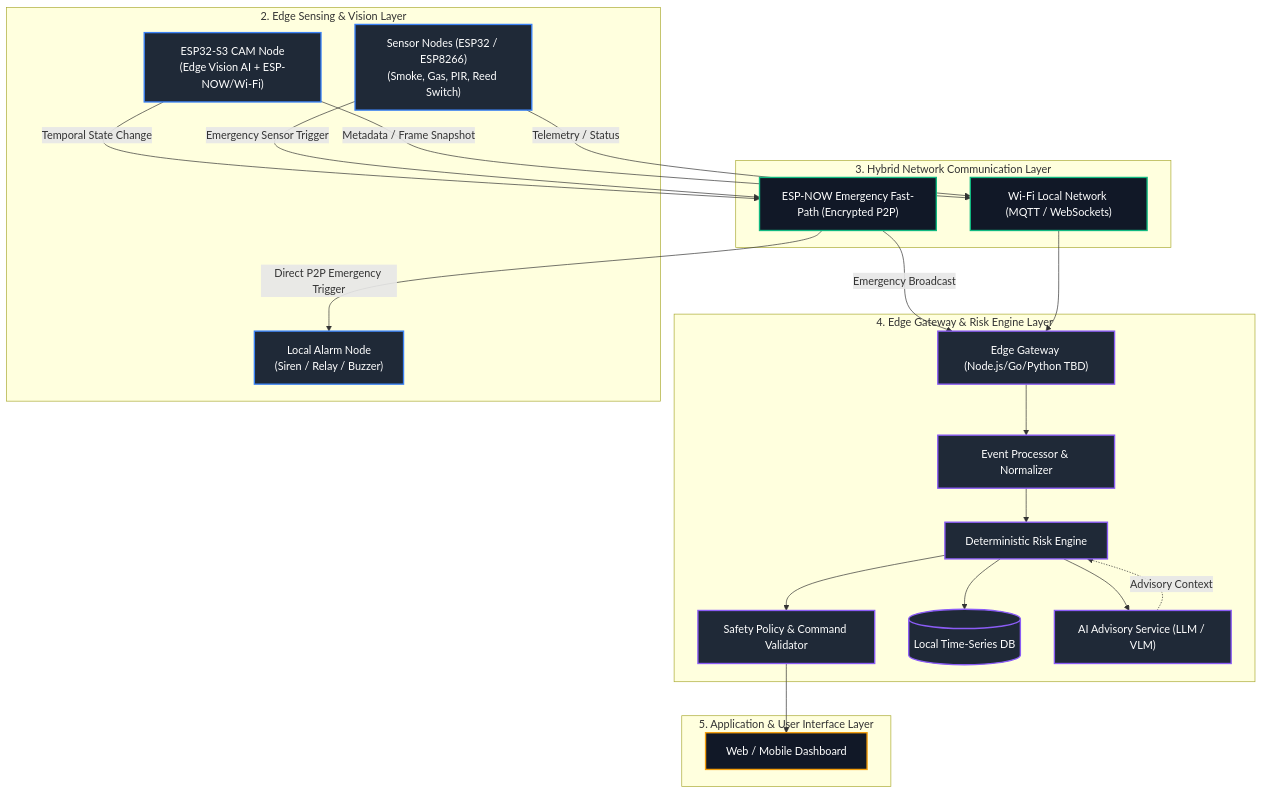
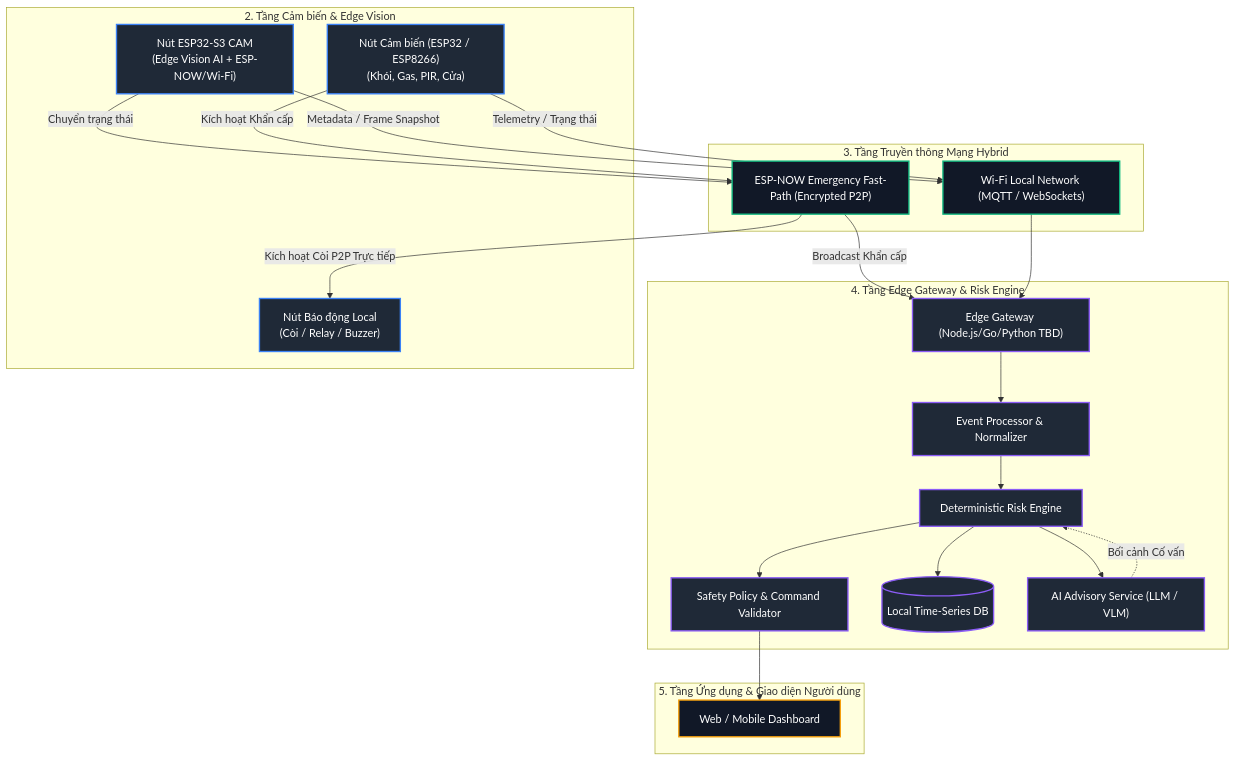
One commit to Eddy-hoang/SAM changed the diagram in README.md. Above: the diagram before and after it, drawn with Mermaid. The commit also changed other lines of this file and 34 other files, not shown here.

````diff
--- a/README.md
+++ b/README.md
@@ -36,54 +36,54 @@
 ```mermaid
 graph TD
-    subgraph Layer5_User ["5. Application & User Interface Layer"]
+    subgraph Layer5_User ["5. Tầng Ứng dụng & Giao diện Người dùng"]
         UI["Web / Mobile Dashboard"]
     end
 
-    subgraph Layer4_Gateway ["4. Edge Gateway & Risk Engine Layer"]
+    subgraph Layer4_Gateway ["4. Tầng Edge Gateway & Risk Engine"]
         GW["Edge Gateway (Node.js/Go/Python TBD)"]
         DP["Event Processor & Normalizer"]
         RE["Deterministic Risk Engine"]
         SP["Safety Policy & Command Validator"]
         DB[(Local Time-Series DB)]
         AIS["AI Advisory Service (LLM / VLM)"]
     end
 
-    subgraph Layer3_Comm ["3. Hybrid Network Communication Layer"]
+    subgraph Layer3_Comm ["3. Tầng Truyền thông Mạng Hybrid"]
         NOW["ESP-NOW Emergency Fast-Path (Encrypted P2P)"]
         WIFI["Wi-Fi Local Network (MQTT / WebSockets)"]
     end
 
-    subgraph Layer2_Edge ["2. Edge Sensing & Vision Layer"]
-        CAM["ESP32-S3 CAM Node\n(Edge Vision AI + ESP-NOW/Wi-Fi)"]
-        SENS["Sensor Nodes (ESP32 / ESP8266)\n(Smoke, Gas, PIR, Reed Switch)"]
-        ALARM["Local Alarm Node\n(Siren / Relay / Buzzer)"]
+    subgraph Layer2_Edge ["2. Tầng Cảm biến & Edge Vision"]
+        CAM["Nút ESP32-S3 CAM\n(Edge Vision AI + ESP-NOW/Wi-Fi)"]
+        SENS["Nút Cảm biến (ESP32 / ESP8266)\n(Khói, Gas, PIR, Cửa)"]
+        ALARM["Nút Báo động Local\n(Còi / Relay / Buzzer)"]
     end
 
     %% Flow connections
-    CAM -->|Temporal State Change| NOW
-    SENS -->|Emergency Sensor Trigger| NOW
-    NOW -->|Direct P2P Emergency Trigger| ALARM
-    NOW -->|Emergency Broadcast| GW
+    CAM -->|Chuyển trạng thái| NOW
+    SENS -->|Kích hoạt Khẩn cấp| NOW
+    NOW -->|Kích hoạt Còi P2P Trực tiếp| ALARM
+    NOW -->|Broadcast Khẩn cấp| GW
 
     CAM -->|Metadata / Frame Snapshot| WIFI
-    SENS -->|Telemetry / Status| WIFI
+    SENS -->|Telemetry / Trạng thái| WIFI
     WIFI --> GW
 
     GW --> DP
     DP --> RE
     RE --> SP
     RE --> DB
     RE --> AIS
-    AIS -.->|Advisory Context| RE
+    AIS -.->|Bối cảnh Cố vấn| RE
     SP --> UI
 
     classDef edge fill:#1f2937,stroke:#3b82f6,stroke-width:2px,color:#fff;
     classDef comm fill:#111827,stroke:#10b981,stroke-width:2px,color:#fff;
     classDef gateway fill:#1f2937,stroke:#8b5cf6,stroke-width:2px,color:#fff;
     classDef ui fill:#111827,stroke:#f59e0b,stroke-width:2px,color:#fff;
 
     class CAM,SENS,ALARM edge;
     class NOW,WIFI comm;
     class GW,DP,RE,SP,DB,AIS gateway;
     class UI ui;
 ```
````
